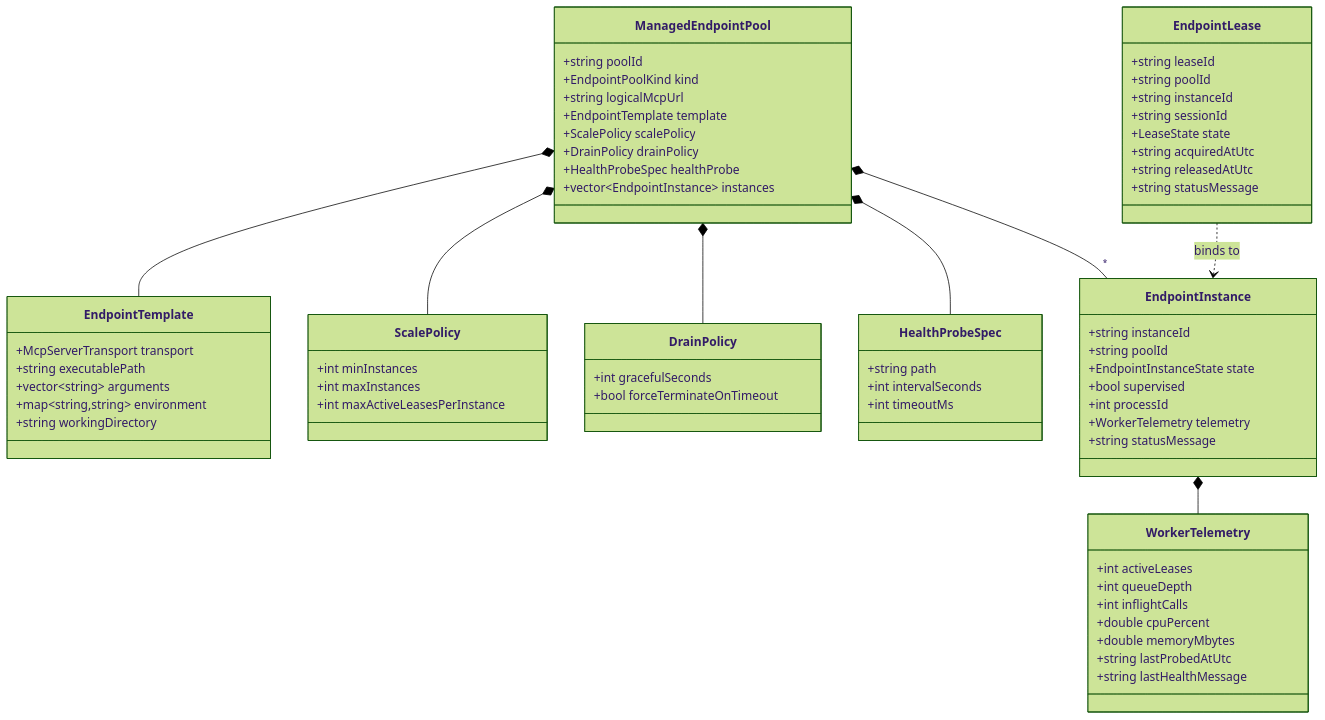
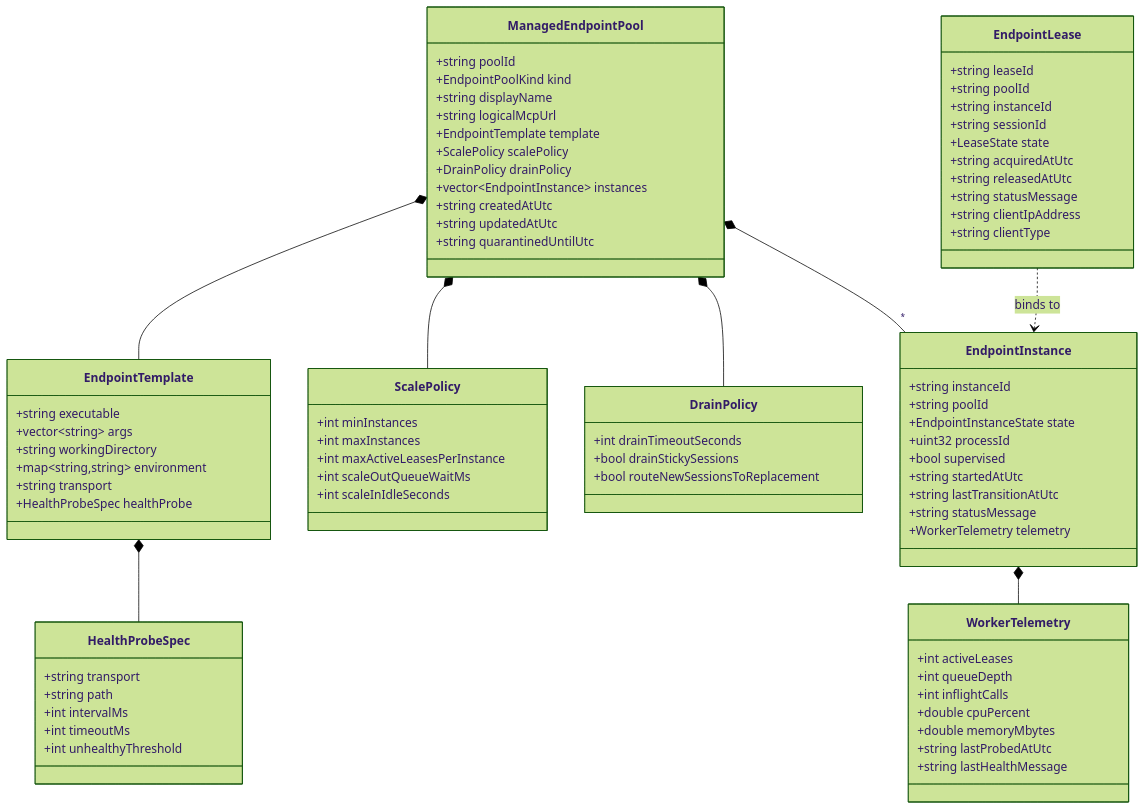
The first of 5 diagrams in docs/wiki/Worker-Pools.md (flynn33/Master-Control-Orchestration-Server), drawn with Mermaid (forest theme) before and after one commit. The commit also changed other lines of this file and 20 other files, not shown here.

```diff
--- a/docs/wiki/Worker-Pools.md
+++ b/docs/wiki/Worker-Pools.md
@@ -168,47 +168,58 @@
     class ManagedEndpointPool {
         +string poolId
         +EndpointPoolKind kind
+        +string displayName
         +string logicalMcpUrl
         +EndpointTemplate template
         +ScalePolicy scalePolicy
         +DrainPolicy drainPolicy
-        +HealthProbeSpec healthProbe
         +vector~EndpointInstance~ instances
+        +string createdAtUtc
+        +string updatedAtUtc
+        +string quarantinedUntilUtc
     }
 
     class EndpointTemplate {
-        +McpServerTransport transport
-        +string executablePath
-        +vector~string~ arguments
+        +string executable
+        +vector~string~ args
+        +string workingDirectory
         +map~string,string~ environment
-        +string workingDirectory
+        +string transport
+        +HealthProbeSpec healthProbe
     }
 
     class ScalePolicy {
         +int minInstances
         +int maxInstances
         +int maxActiveLeasesPerInstance
+        +int scaleOutQueueWaitMs
+        +int scaleInIdleSeconds
     }
 
     class DrainPolicy {
-        +int gracefulSeconds
-        +bool forceTerminateOnTimeout
+        +int drainTimeoutSeconds
+        +bool drainStickySessions
+        +bool routeNewSessionsToReplacement
     }
 
     class HealthProbeSpec {
+        +string transport
         +string path
-        +int intervalSeconds
+        +int intervalMs
         +int timeoutMs
+        +int unhealthyThreshold
     }
 
     class EndpointInstance {
         +string instanceId
         +string poolId
         +EndpointInstanceState state
+        +uint32 processId
         +bool supervised
-        +int processId
+        +string startedAtUtc
+        +string lastTransitionAtUtc
+        +string statusMessage
         +WorkerTelemetry telemetry
-        +string statusMessage
     }
 
     class EndpointLease {
@@ -220,6 +231,8 @@
         +string acquiredAtUtc
         +string releasedAtUtc
         +string statusMessage
+        +string clientIpAddress
+        +string clientType
     }
 
     class WorkerTelemetry {
@@ -235,7 +248,7 @@
     ManagedEndpointPool *-- EndpointTemplate
     ManagedEndpointPool *-- ScalePolicy
     ManagedEndpointPool *-- DrainPolicy
-    ManagedEndpointPool *-- HealthProbeSpec
+    EndpointTemplate *-- HealthProbeSpec
     ManagedEndpointPool *-- "*" EndpointInstance
     EndpointInstance *-- WorkerTelemetry
     EndpointLease ..> EndpointInstance : binds to
```
